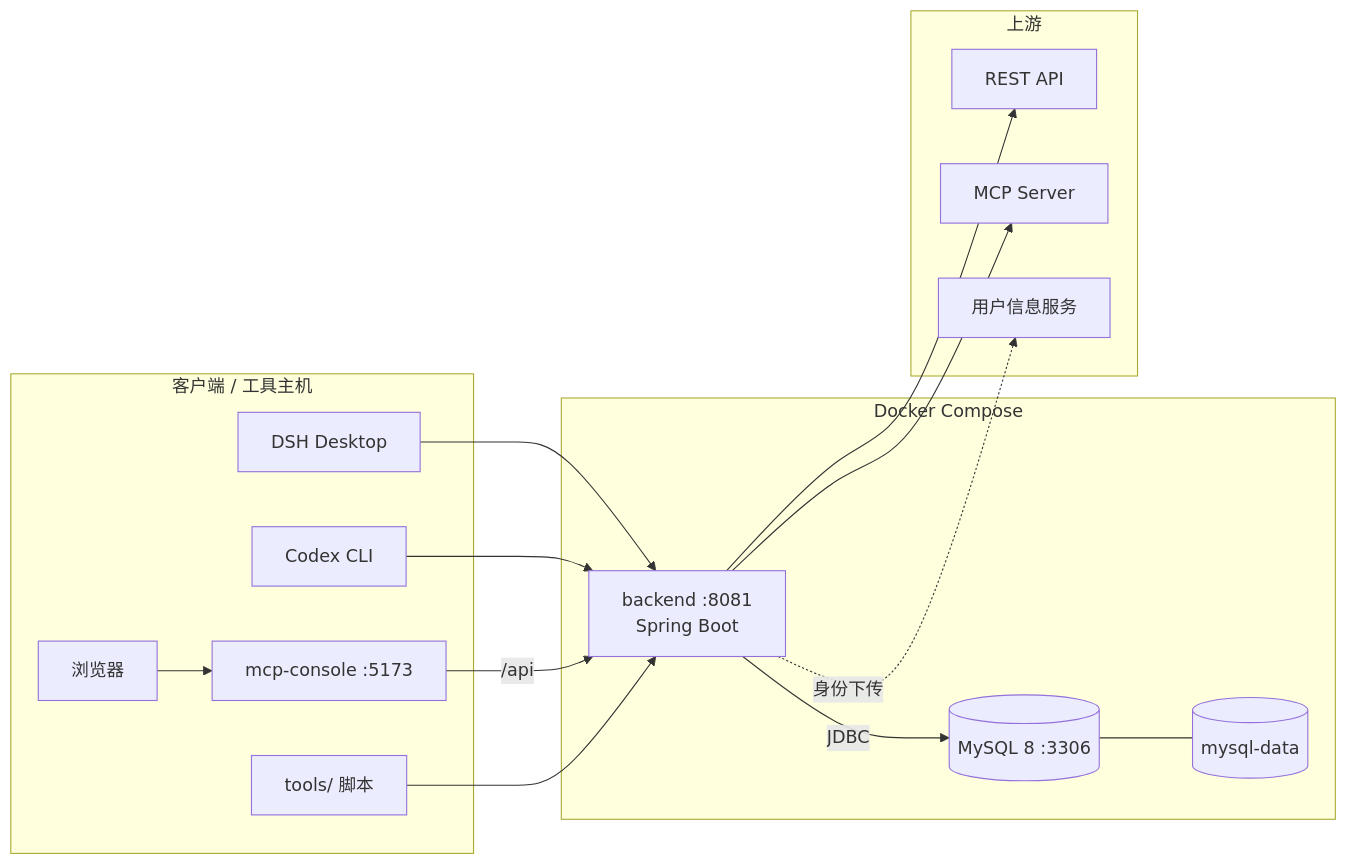
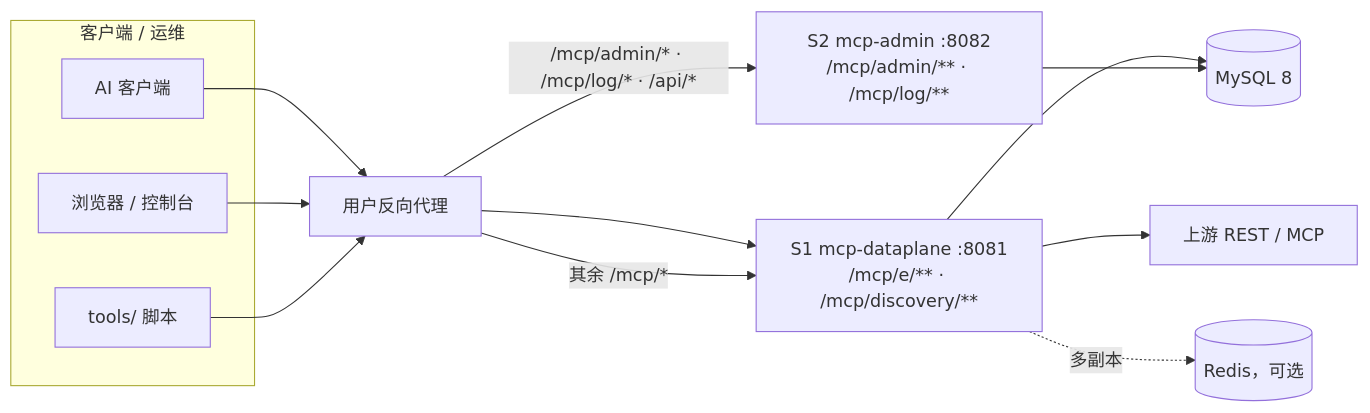
Before and after one commit to Lin00yi/MCP-Platform: the fourth of 4 diagrams in docs/architecture/README.md, drawn with Mermaid. The commit also changed other lines of this file and 10 other files, not shown here.

First line of the commit message:
fix(config/docs): 同步 OpenAPI 与启动自检修复；重写架构图册、补充历史表名说明

````diff
--- a/docs/architecture/README.md
+++ b/docs/architecture/README.md
@@ -359,29 +229,24 @@
 ```mermaid
 flowchart LR
-  subgraph Host[客户端 / 工具主机]
-    DSH[DSH Desktop]
-    Codex[Codex CLI]
-    Browser[浏览器]
-    Console[mcp-console :5173]
+  subgraph Clients[客户端 / 运维]
+    AI[AI 客户端]
+    Browser[浏览器 / 控制台]
     Tools[tools/ 脚本]
   end
-  subgraph Docker[Docker Compose]
-    BE[backend :8081<br/>Spring Boot]
-    DB[(MySQL 8 :3306)]
-    VOL[(mysql-data)]
-  end
-  subgraph Up[上游]
-    REST[REST API]
-    MCP[MCP Server]
-    UserInfo[用户信息服务]
-  end
-  DSH --> BE
-  Codex --> BE
-  Browser --> Console -->|/api| BE
-  Tools --> BE
-  BE -->|JDBC| DB
-  DB --- VOL
-  BE --> REST
-  BE --> MCP
-  BE -.->|身份下传| UserInfo
+  RP[用户反向代理]
+  D1[S1 mcp-dataplane :8081<br/>/mcp/e/** · /mcp/discovery/**]
+  D2[S2 mcp-admin :8082<br/>/mcp/admin/** · /mcp/log/**]
+  DB[(MySQL 8)]
+  RD[(Redis，可选)]
+  UP[上游 REST / MCP]
+
+  AI --> RP --> D1
+  Browser --> RP
+  Tools --> RP
+  RP -->|/mcp/admin/* · /mcp/log/* · /api/*| D2
+  RP -->|其余 /mcp/*| D1
+  D1 --> DB
+  D1 --> UP
+  D2 --> DB
+  D1 -.多副本.-> RD
 ```
````
